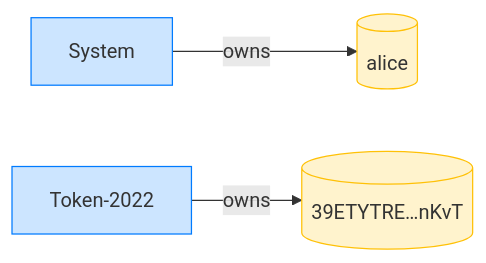
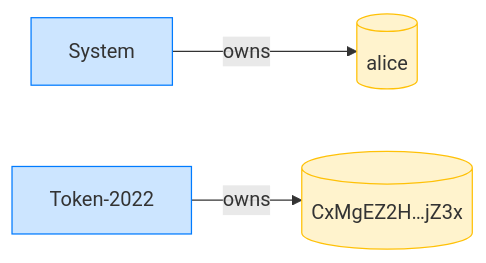
The eighth of 8 diagrams in dsl_tests/revoke-clears-the-delegate--token-2022-.md (cds-rs/subscriptions), drawn with Mermaid before and after one commit. The commit also changed other lines of this file and 224 other files, not shown here.

````diff
--- a/dsl_tests/revoke-clears-the-delegate--token-2022-.md
+++ b/dsl_tests/revoke-clears-the-delegate--token-2022-.md
@@ -149,11 +157,11 @@
 ```mermaid
 flowchart LR
     classDef owner fill:#cce5ff,stroke:#007bff;
     classDef account fill:#fff3cd,stroke:#ffc107;
     System[System]:::owner
     alice[(alice)]:::account
     Token_2022["Token-2022"]:::owner
-    39ETYTRE_nKvT[("39ETYTRE…nKvT")]:::account
+    CxMgEZ2H_jZ3x[("CxMgEZ2H…jZ3x")]:::account
     System -->|owns| alice
-    Token_2022 -->|owns| 39ETYTRE_nKvT
+    Token_2022 -->|owns| CxMgEZ2H_jZ3x
 ```
````
